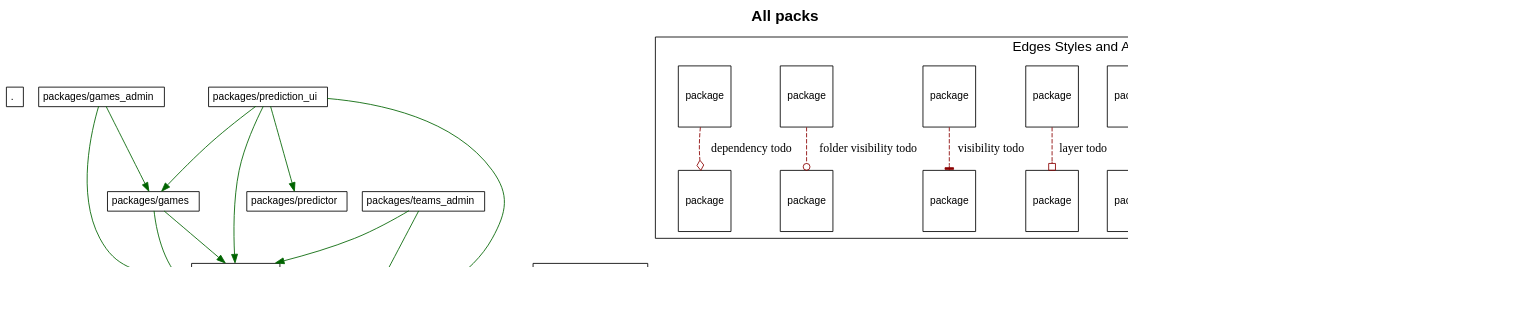
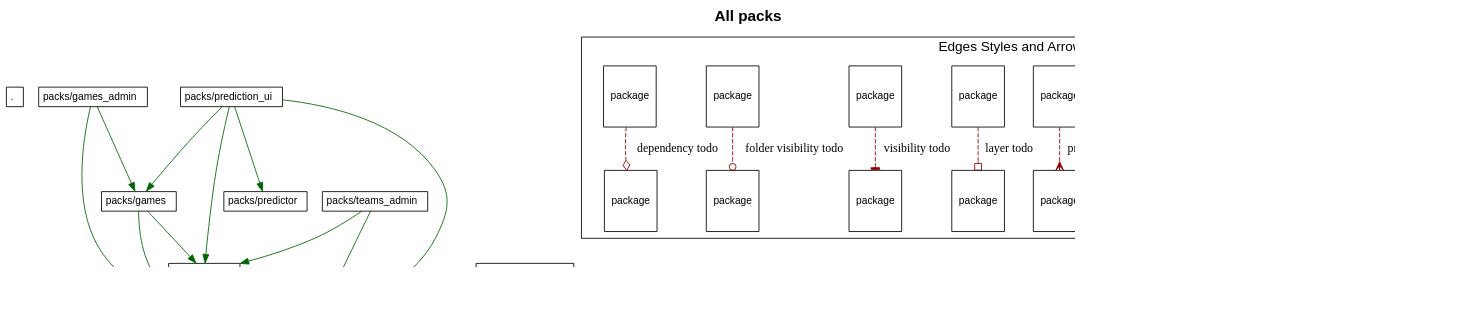
One commit to shageman/package-based-rails-applications changed the diagram in diagrams/all_packs.dot. Above: the diagram before and after it, drawn with Graphviz. The commit also changed 75 other files, not shown here.

```diff
--- a/diagrams/all_packs.dot
+++ b/diagrams/all_packs.dot
@@ -1,159 +1,159 @@
 digraph package_diagram {
   rankdir=TD
   graph [
     labelloc="t"
     fontname="Helvetica,Arial,sans-serif"
     dpi=100
     layout=dot
     label=<<b>All packs</b><br/>>
     fontsize=18
   ]
   node [
     fontname="Helvetica,Arial,sans-serif"
     fontsize=26.0
     fontcolor=black
     fillcolor=white
     color=black
     height=1.0
     style=filled
     shape=plain
   ]
     subgraph NotInLayer {
       shape=box
       color=darkgrey
       fillcolor=lightblue
       style=filled
         cluster=false
         "." [
             fontsize=12.0
             label= <
                 <table border='0' cellborder='1' cellspacing='0' cellpadding='4'>
                   <tr> <td align='left'> . </td> </tr>
                 </table>
               >
           ]
         
-        "packages/games" [
+        "packs/games" [
             fontsize=12.0
             label= <
                 <table border='0' cellborder='1' cellspacing='0' cellpadding='4'>
-                  <tr> <td align='left'> packages/games </td> </tr>
+                  <tr> <td align='left'> packs/games </td> </tr>
                 </table>
               >
           ]
         
-        "packages/games_admin" [
+        "packs/games_admin" [
             fontsize=12.0
             label= <
                 <table border='0' cellborder='1' cellspacing='0' cellpadding='4'>
-                  <tr> <td align='left'> packages/games_admin </td> </tr>
+                  <tr> <td align='left'> packs/games_admin </td> </tr>
                 </table>
               >
           ]
         
-        "packages/prediction_ui" [
+        "packs/prediction_ui" [
             fontsize=12.0
             label= <
                 <table border='0' cellborder='1' cellspacing='0' cellpadding='4'>
-                  <tr> <td align='left'> packages/prediction_ui </td> </tr>
+                  <tr> <td align='left'> packs/prediction_ui </td> </tr>
                 </table>
               >
           ]
         
-        "packages/predictor" [
+        "packs/predictor" [
             fontsize=12.0
             label= <
                 <table border='0' cellborder='1' cellspacing='0' cellpadding='4'>
-                  <tr> <td align='left'> packages/predictor </td> </tr>
+                  <tr> <td align='left'> packs/predictor </td> </tr>
                 </table>
               >
           ]
         
-        "packages/rails_shims" [
+        "packs/rails_shims" [
             fontsize=12.0
             label= <
                 <table border='0' cellborder='1' cellspacing='0' cellpadding='4'>
-                  <tr> <td align='left'> packages/rails_shims </td> </tr>
+                  <tr> <td align='left'> packs/rails_shims </td> </tr>
                 </table>
               >
           ]
         
-        "packages/teams" [
+        "packs/teams" [
             fontsize=12.0
             label= <
                 <table border='0' cellborder='1' cellspacing='0' cellpadding='4'>
-                  <tr> <td align='left'> packages/teams </td> </tr>
+                  <tr> <td align='left'> packs/teams </td> </tr>
                 </table>
               >
           ]
         
-        "packages/teams_admin" [
+        "packs/teams_admin" [
             fontsize=12.0
             label= <
                 <table border='0' cellborder='1' cellspacing='0' cellpadding='4'>
-                  <tr> <td align='left'> packages/teams_admin </td> </tr>
+                  <tr> <td align='left'> packs/teams_admin </td> </tr>
                 </table>
               >
           ]
         
-        "packages/welcome_ui" [
+        "packs/welcome_ui" [
             fontsize=12.0
             label= <
                 <table border='0' cellborder='1' cellspacing='0' cellpadding='4'>
-                  <tr> <td align='left'> packages/welcome_ui </td> </tr>
+                  <tr> <td align='left'> packs/welcome_ui </td> </tr>
                 </table>
               >
           ]
         
     }
-          "packages/games" -> "packages/rails_shims" [ color=darkgreen ]
-          "packages/games" -> "packages/teams" [ color=darkgreen ]
-          "packages/games_admin" -> "packages/games" [ color=darkgreen ]
-          "packages/games_admin" -> "packages/rails_shims" [ color=darkgreen ]
-          "packages/prediction_ui" -> "packages/games" [ color=darkgreen ]
-          "packages/prediction_ui" -> "packages/predictor" [ color=darkgreen ]
-          "packages/prediction_ui" -> "packages/rails_shims" [ color=darkgreen ]
-          "packages/prediction_ui" -> "packages/teams" [ color=darkgreen ]
-          "packages/teams" -> "packages/rails_shims" [ color=darkgreen ]
-          "packages/teams_admin" -> "packages/rails_shims" [ color=darkgreen ]
-          "packages/teams_admin" -> "packages/teams" [ color=darkgreen ]
-          "packages/welcome_ui" -> "packages/rails_shims" [ color=darkgreen ]
+          "packs/games" -> "packs/rails_shims" [ color=darkgreen ]
+          "packs/games" -> "packs/teams" [ color=darkgreen ]
+          "packs/games_admin" -> "packs/games" [ color=darkgreen ]
+          "packs/games_admin" -> "packs/rails_shims" [ color=darkgreen ]
+          "packs/prediction_ui" -> "packs/games" [ color=darkgreen ]
+          "packs/prediction_ui" -> "packs/predictor" [ color=darkgreen ]
+          "packs/prediction_ui" -> "packs/rails_shims" [ color=darkgreen ]
+          "packs/prediction_ui" -> "packs/teams" [ color=darkgreen ]
+          "packs/teams" -> "packs/rails_shims" [ color=darkgreen ]
+          "packs/teams_admin" -> "packs/rails_shims" [ color=darkgreen ]
+          "packs/teams_admin" -> "packs/teams" [ color=darkgreen ]
+          "packs/welcome_ui" -> "packs/rails_shims" [ color=darkgreen ]
     subgraph cluster_legend {
       fontsize=16
       label="Edges Styles and Arrow Heads"
       A [ fontsize=12 shape=box label="package"]
       B [ fontsize=12 shape=box label="package"]
       A -> B [label="accepted dependency" color=darkgreen]
       M [ fontsize=12 shape=box label="package"]
       N [ fontsize=12 shape=box label="package"]
       M -> N [label="nested package" color=purple]
       O [ fontsize=12 shape=box label="package"]
       P [ fontsize=12 shape=box label="package"]
       O -> P [label="visible to" color=blue]
       C [ fontsize=12 shape=box label="package"]
       D [ fontsize=12 shape=box label="package"]
       C -> D [label="privacy todo" color=darkred style=dashed arrowhead=crow]
       E [ fontsize=12 shape=box label="package"]
       F [ fontsize=12 shape=box label="package"]
       E -> F [label="layer todo" color=darkred style=dashed arrowhead=obox]
       G [ fontsize=12 shape=box label="package"]
       H [ fontsize=12 shape=box label="package"]
       G -> H [label="visibility todo" color=darkred style=dashed arrowhead=tee]
       I [ fontsize=12 shape=box label="package"]
       J [ fontsize=12 shape=box label="package"]
       I -> J [label="folder visibility todo" color=darkred style=dashed arrowhead=odot]
       K [ fontsize=12 shape=box label="package"]
       L [ fontsize=12 shape=box label="package"]
       K -> L [label="dependency todo" color=darkred style=dashed arrowhead=odiamond]
       LEGEND_NODE_1 [ label="" peripheries=0 height=0 width=0 style=invis ]
       LEGEND_NODE_2 [ label="" peripheries=0 height=0 width=0 style=invis ]
       LEGEND_NODE_1 -> LEGEND_NODE_2 [ style=invis ]
     }
   subgraph cluster_teams_legend {
     fontsize=16
     label="Team Colors"
 
 
   }
     LEGEND_NODE_2 -> "" [style=invis]
 }
```
